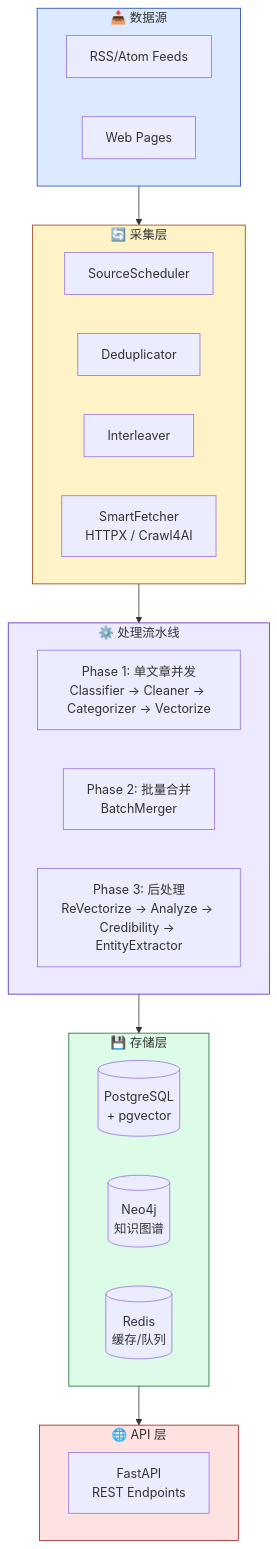
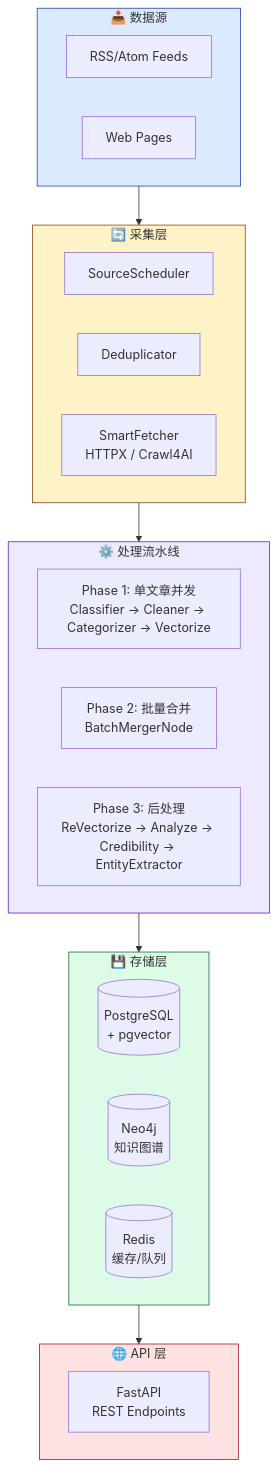
One commit to Kirky-X/weaver changed the first of 2 diagrams in README.md. Above: the diagram before and after it, drawn with Mermaid. The commit also changed other lines of this file and 1206 other files, not shown here.

````diff
--- a/README.md
+++ b/README.md
@@ -386,41 +613,40 @@
 ```mermaid
 graph TB
     subgraph Sources ["📥 数据源"]
         A[RSS/Atom Feeds]
         B[Web Pages]
     end
 
     subgraph Collector ["🔄 采集层"]
         C[SourceScheduler]
         D[Deduplicator]
-        E[Interleaver]
         F[SmartFetcher<br/>HTTPX / Crawl4AI]
     end
 
     subgraph Pipeline ["⚙️ 处理流水线"]
         G[Phase 1: 单文章并发<br/>Classifier → Cleaner → Categorizer → Vectorize]
-        H[Phase 2: 批量合并<br/>BatchMerger]
+        H[Phase 2: 批量合并<br/>BatchMergerNode]
         I[Phase 3: 后处理<br/>ReVectorize → Analyze → Credibility → EntityExtractor]
     end
 
     subgraph Storage ["💾 存储层"]
         J[(PostgreSQL<br/>+ pgvector)]
         K[(Neo4j<br/>知识图谱)]
         L[(Redis<br/>缓存/队列)]
     end
 
     subgraph API ["🌐 API 层"]
         M[FastAPI<br/>REST Endpoints]
     end
 
     Sources --> Collector
     Collector --> Pipeline
     Pipeline --> Storage
     Storage --> API
 
     style Sources fill:#DBEAFE,stroke:#1E40AF
     style Collector fill:#FEF3C7,stroke:#92400E
     style Pipeline fill:#EDE9FE,stroke:#5B21B6
     style Storage fill:#DCFCE7,stroke:#166534
     style API fill:#FEE2E2,stroke:#991B1B
 ```
````
